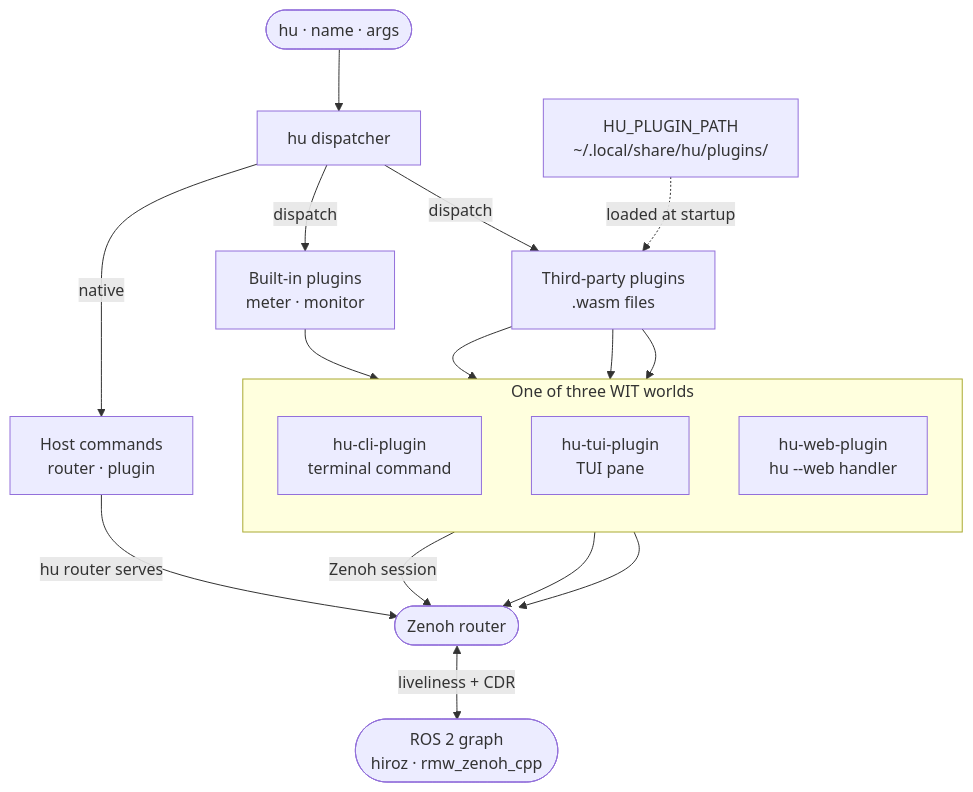
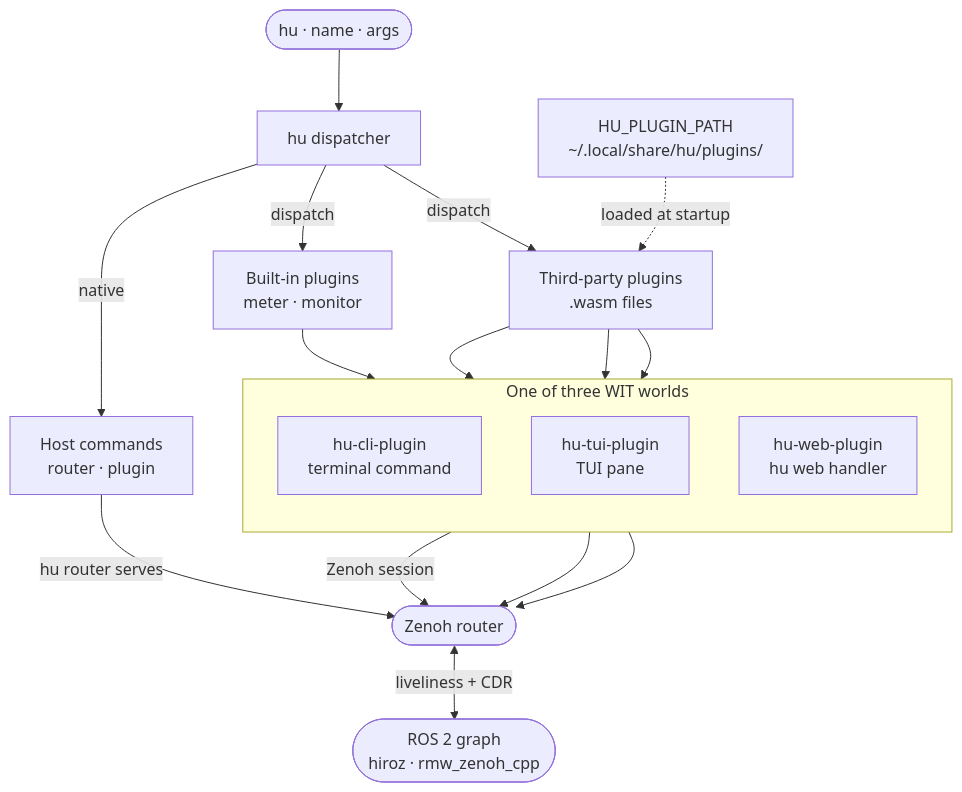
The diagram in docs/tools/why-hu.md (ZettaScaleLabs/hiroz), drawn with Mermaid before and after one commit. The commit also changed other lines of this file and 3 other files, not shown here.

````diff
--- a/docs/tools/why-hu.md
+++ b/docs/tools/why-hu.md
@@ -14,30 +14,30 @@
 ```mermaid
 graph TD
     accTitle: The hu toolkit — dispatcher routing to native host commands or sandboxed plugins over Zenoh
     accDescr: The hu binary dispatches a subcommand either to a native host command (router, plugin) or to a plugin. Built-in plugins (meter, monitor) and third-party WASM plugins implement one of three WIT worlds (CLI, TUI, web). Everything reaches the ROS 2 graph through a shared Zenoh router.
 
     user(["hu · name · args"]) --> disp["hu dispatcher"]
 
     disp -->|native| host["Host commands<br>router · plugin"]
     disp -->|dispatch| builtin["Built-in plugins<br>meter · monitor"]
     disp -->|dispatch| wasm["Third-party plugins<br>.wasm files"]
     path["HU_PLUGIN_PATH<br>~/.local/share/hu/plugins/"] -. loaded at startup .-> wasm
 
     subgraph "One of three WIT worlds"
         direction TB
         cli["hu-cli-plugin<br>terminal command"]
         tui["hu-tui-plugin<br>TUI pane"]
-        web["hu-web-plugin<br>hu --web handler"]
+        web["hu-web-plugin<br>hu web handler"]
     end
 
     builtin --> cli
     wasm --> cli
     wasm --> tui
     wasm --> web
 
     host -->|hu router serves| router(["Zenoh router"])
     cli -->|Zenoh session| router
     tui --> router
     web --> router
     router <-->|liveliness + CDR| ros2graph(["ROS 2 graph<br>hiroz · rmw_zenoh_cpp"])
 ```
````
